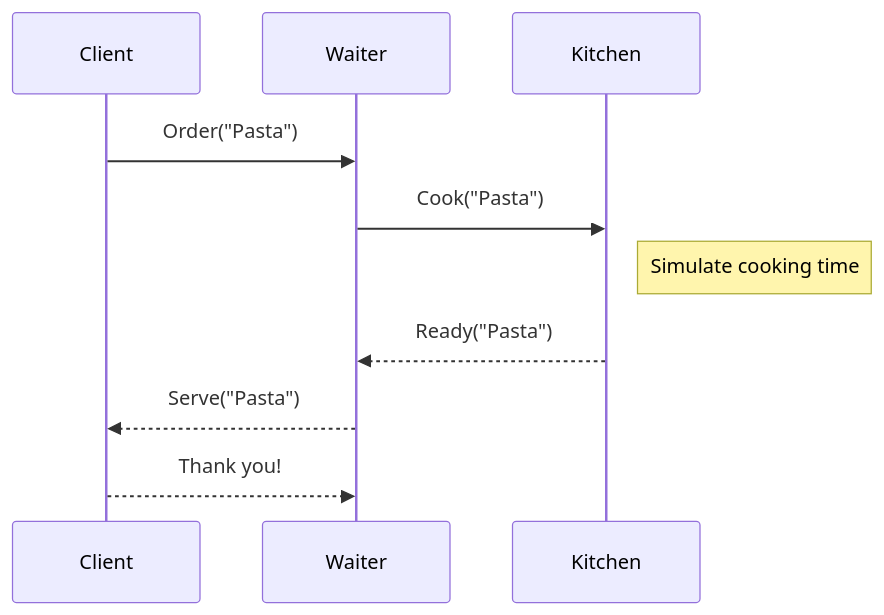
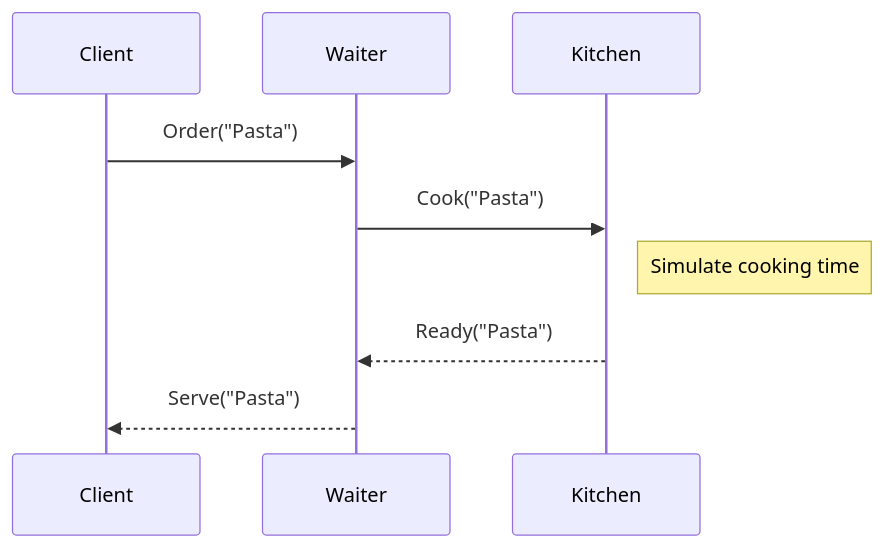
Before and after one commit to polyvariant/flavors-of-scala: the diagram in slides/concurrency.md, drawn with Mermaid. The commit also changed other lines of this file and 3 other files, not shown here.

````diff
--- a/slides/concurrency.md
+++ b/slides/concurrency.md
@@ -142,15 +142,14 @@
 ```mermaid
 
 sequenceDiagram
     participant ClientActor as Client
     participant WaiterActor as Waiter
     participant KitchenActor as Kitchen
 
     ClientActor->>WaiterActor: Order("Pasta")
     WaiterActor->>KitchenActor: Cook("Pasta")
     Note right of KitchenActor: Simulate cooking time
     KitchenActor-->>WaiterActor: Ready("Pasta")
     WaiterActor-->>ClientActor: Serve("Pasta")
-    ClientActor-->>WaiterActor: Thank you!
 
 ```
````
